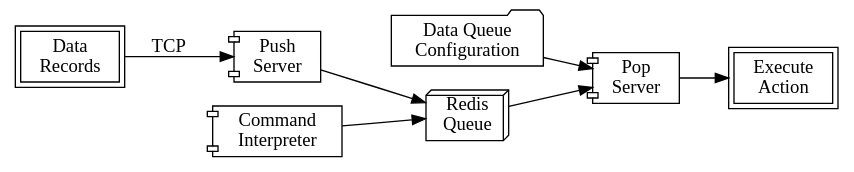
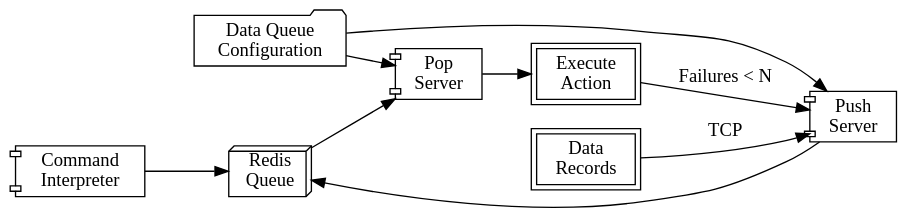
Before and after one commit to pothiers/data-q: the diagram in docs/sdd-dataq.org, drawn with Graphviz. The commit also changed other lines of this file and 2 other files, not shown here.

```diff
--- a/docs/sdd-dataq.org
+++ b/docs/sdd-dataq.org
@@ -101,34 +101,35 @@
 #+BEGIN_SRC dot :file figures/design-diagram.png :cmdline -Tpng
-digraph mygraph {
-    rankdir="LR";
-    edge [len=1.0]; 
-    //! title [label="Data-queue Design diagram", shape=plaintext];
+  digraph mygraph {
+      rankdir="LR";
+      edge [len=1.0]; 
+      //! title [label="Data-queue Design diagram", shape=plaintext];
 
-    // DB
-    node [shape="box3d"];
-    q [label="Redis\nQueue"];
+      // DB
+      node [shape="box3d"];
+      q [label="Redis\nQueue"];
+      
+      // data
+      node [shape="folder"];
+      config [label="Data Queue\nConfiguration"];
+
+      // modules
+      node [shape="component"];
+      push [label="Push\nServer"];
+      pop  [label="Pop\nServer"];
+      cli  [label="Command\nInterpreter"];
+
+      // external
+      node [shape="box", peripheries="2"];
+      feed [label="Data\nRecords"];
+      action [label="Execute\nAction"];
+
+      // flow
+      config -> {pop;push;}
+      feed -> push [label = "TCP"];
+      push -> q -> pop -> action;
+      action -> push [label = "Failures < N"];
+      cli -> q;
+  }
     
-    // data
-    node [shape="folder"];
-    config [label="Data Queue\nConfiguration"];
-
-    // modules
-    node [shape="component"];
-    push [label="Push\nServer"];
-    pop  [label="Pop\nServer"];
-    cli  [label="Command\nInterpreter"];
-
-    // external
-    node [shape="box", peripheries="2"];
-    feed [label="Data\nRecords"];
-    action [label="Execute\nAction"];
-
-    // flow
-    config -> pop;
-    feed -> push [label = "TCP"];
-    push -> q -> pop -> action;
-    cli -> q;
-}
-  
-  
+    
 #+END_SRC
```
